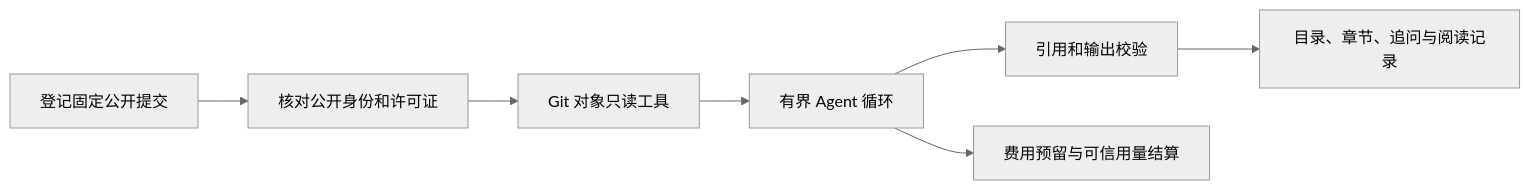
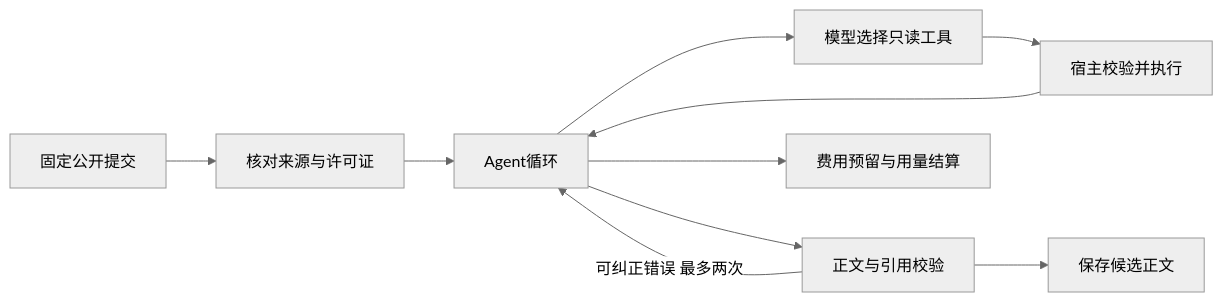
The diagram in README.md (chiqingye-dev/project-evidence-assistant), drawn with Mermaid (neutral theme) before and after one commit. The commit also changed other lines of this file and 32 other files, not shown here.

````diff
--- a/README.md
+++ b/README.md
@@ -37,9 +34,12 @@
 ```mermaid
 flowchart LR
-    A[登记固定公开提交] --> B[核对公开身份和许可证]
-    B --> C[Git 对象只读工具]
-    C --> D[有界 Agent 循环]
-    D --> E[引用和输出校验]
-    E --> F[目录、章节、追问与阅读记录]
-    D --> G[费用预留与可信用量结算]
+    A[固定公开提交] --> B[核对来源与许可证]
+    B --> C[Agent循环]
+    C --> D[模型选择只读工具]
+    D --> E[宿主校验并执行]
+    E --> C
+    C --> F[正文与引用校验]
+    F -->|可纠正错误 最多两次| C
+    F --> G[保存候选正文]
+    C --> H[费用预留与用量结算]
 ```
````
